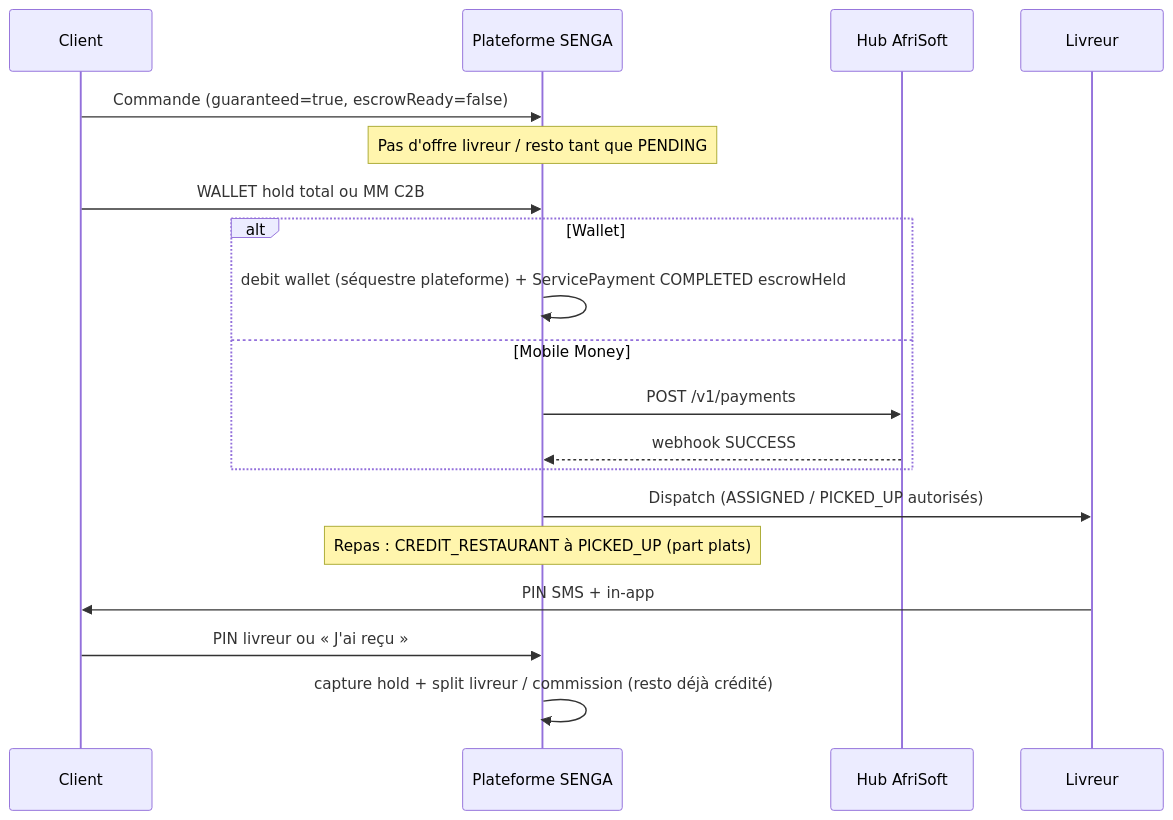
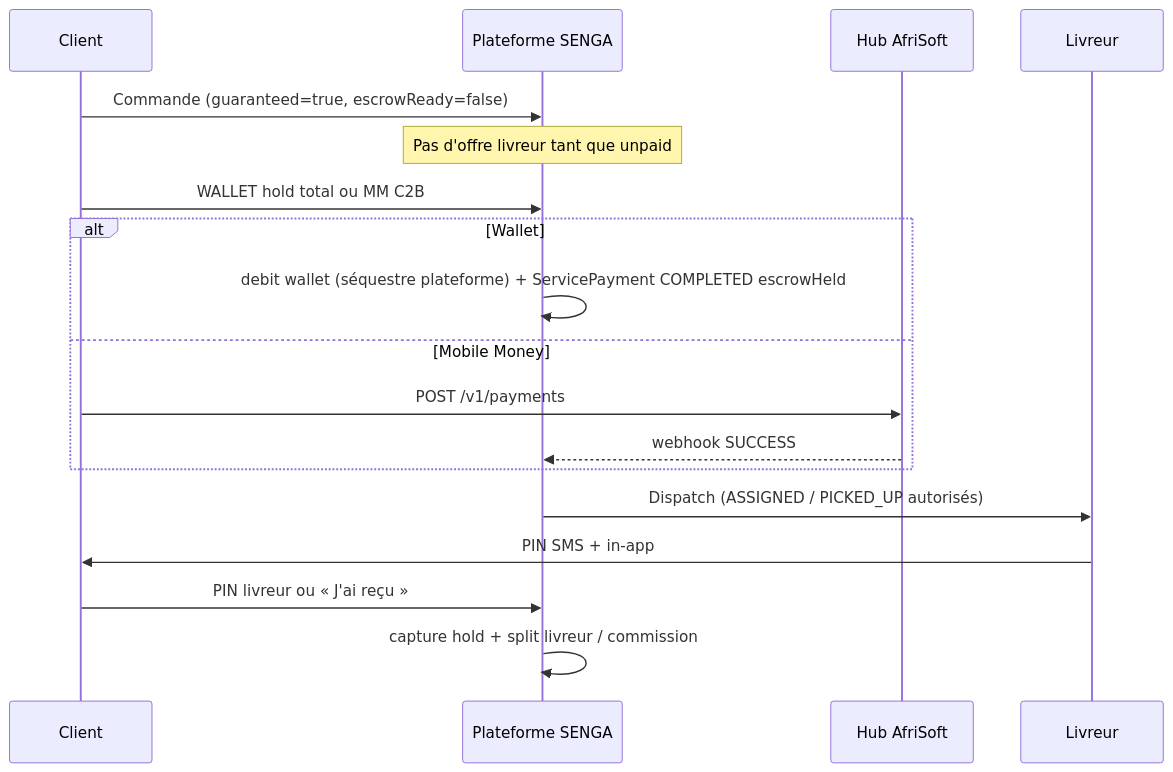
One commit to clskas/mova changed the second of 3 diagrams in docs/integrations/afrisoft-pay-hub.md. Above: the diagram before and after it, drawn with Mermaid. The commit also changed other lines of this file and 15 other files, not shown here.

````diff
--- a/docs/integrations/afrisoft-pay-hub.md
+++ b/docs/integrations/afrisoft-pay-hub.md
@@ -526,22 +533,21 @@
 ```mermaid
 sequenceDiagram
   participant C as Client
   participant P as Plateforme SENGA
   participant H as Hub AfriSoft
   participant L as Livreur
 
   C->>P: Commande (guaranteed=true, escrowReady=false)
-  Note over P: Pas d'offre livreur / resto tant que PENDING
+  Note over P: Pas d'offre livreur tant que unpaid
   C->>P: WALLET hold total ou MM C2B
   alt Wallet
     P->>P: debit wallet (séquestre plateforme) + ServicePayment COMPLETED escrowHeld
   else Mobile Money
-    P->>H: POST /v1/payments
+    C->>H: POST /v1/payments
     H-->>P: webhook SUCCESS
   end
   P->>L: Dispatch (ASSIGNED / PICKED_UP autorisés)
-  Note over P: Repas : CREDIT_RESTAURANT à PICKED_UP (part plats)
   L->>C: PIN SMS + in-app
   C->>P: PIN livreur ou « J'ai reçu »
-  P->>P: capture hold + split livreur / commission (resto déjà crédité)
+  P->>P: capture hold + split livreur / commission
 ```
````
